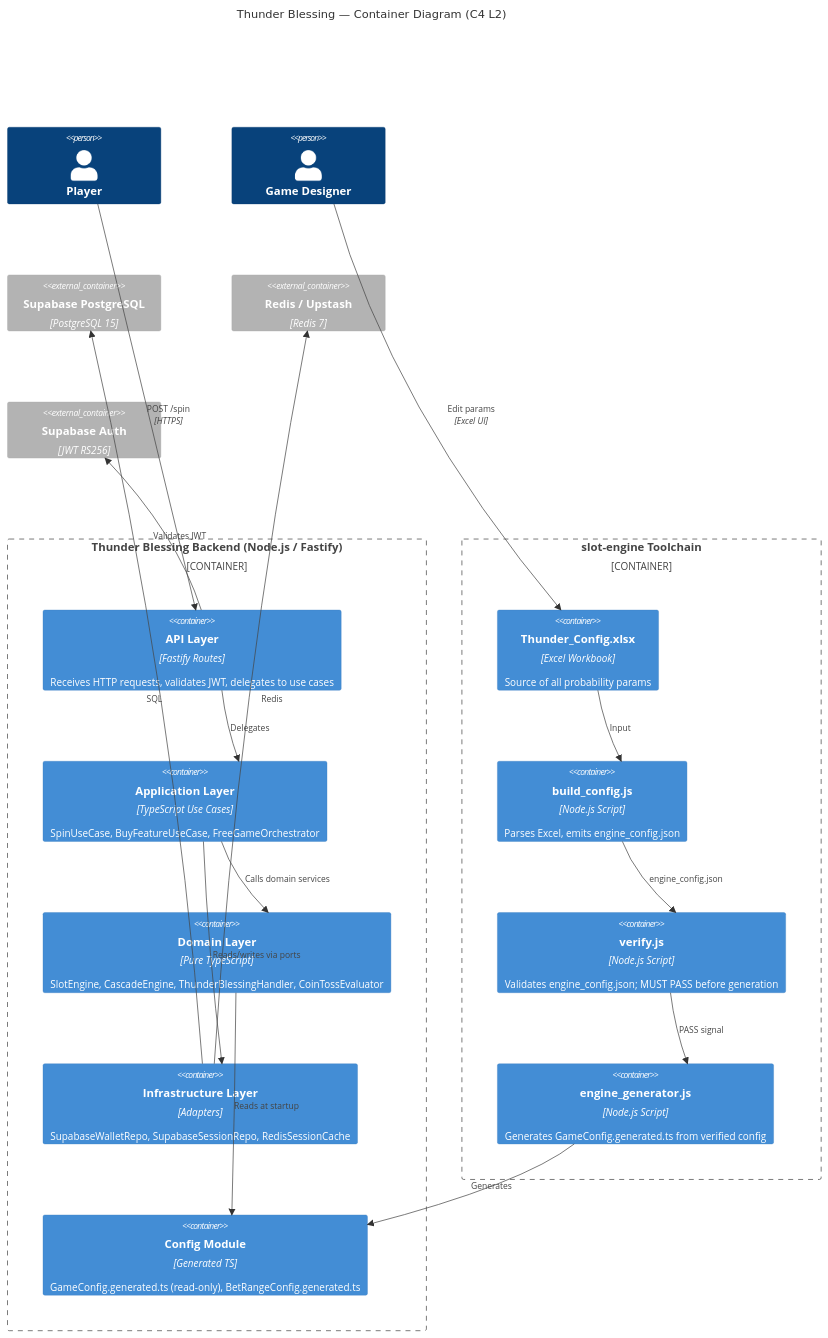
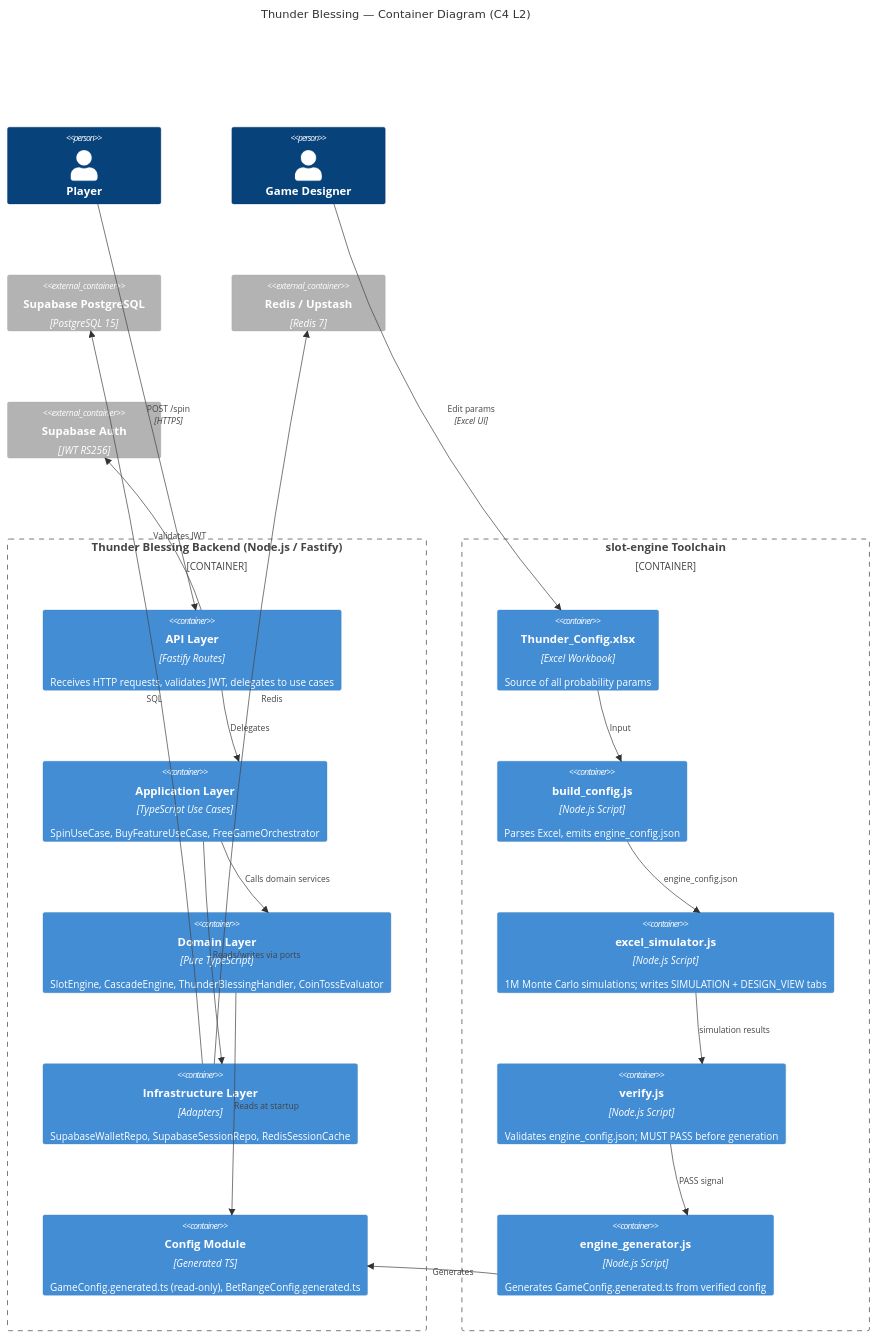
Before and after one commit to ibalasite/slot: the second of 16 diagrams in docs/EDD.md, drawn with Mermaid. The commit also changed other lines of this file, not shown here.

````diff
--- a/docs/EDD.md
+++ b/docs/EDD.md
@@ -107,40 +107,42 @@
 ```mermaid
 C4Container
     title Thunder Blessing — Container Diagram (C4 L2)
 
     Person(player, "Player")
     Person(operator, "Game Designer")
 
     Container_Boundary(backend, "Thunder Blessing Backend (Node.js / Fastify)") {
         Container(api, "API Layer", "Fastify Routes", "Receives HTTP requests, validates JWT, delegates to use cases")
         Container(app, "Application Layer", "TypeScript Use Cases", "SpinUseCase, BuyFeatureUseCase, FreeGameOrchestrator")
         Container(domain, "Domain Layer", "Pure TypeScript", "SlotEngine, CascadeEngine, ThunderBlessingHandler, CoinTossEvaluator")
         Container(infra, "Infrastructure Layer", "Adapters", "SupabaseWalletRepo, SupabaseSessionRepo, RedisSessionCache")
         Container(config, "Config Module", "Generated TS", "GameConfig.generated.ts (read-only), BetRangeConfig.generated.ts")
     }
 
     Container_Boundary(toolchain, "slot-engine Toolchain") {
         Container(excel, "Thunder_Config.xlsx", "Excel Workbook", "Source of all probability params")
         Container(buildConfig, "build_config.js", "Node.js Script", "Parses Excel, emits engine_config.json")
+        Container(excelSim, "excel_simulator.js", "Node.js Script", "1M Monte Carlo simulations; writes SIMULATION + DESIGN_VIEW tabs")
         Container(verifyJs, "verify.js", "Node.js Script", "Validates engine_config.json; MUST PASS before generation")
         Container(engineGen, "engine_generator.js", "Node.js Script", "Generates GameConfig.generated.ts from verified config")
     }
 
     Container_Ext(supabaseDb, "Supabase PostgreSQL", "PostgreSQL 15")
     Container_Ext(redisCache, "Redis / Upstash", "Redis 7")
     Container_Ext(jwtProvider, "Supabase Auth", "JWT RS256")
 
     Rel(player, api, "POST /spin", "HTTPS")
     Rel(operator, excel, "Edit params", "Excel UI")
     Rel(api, app, "Delegates")
     Rel(app, domain, "Calls domain services")
     Rel(app, infra, "Reads/writes via ports")
     Rel(infra, supabaseDb, "SQL")
     Rel(infra, redisCache, "Redis")
     Rel(api, jwtProvider, "Validates JWT")
     Rel(excel, buildConfig, "Input")
-    Rel(buildConfig, verifyJs, "engine_config.json")
+    Rel(buildConfig, excelSim, "engine_config.json")
+    Rel(excelSim, verifyJs, "simulation results")
     Rel(verifyJs, engineGen, "PASS signal")
     Rel(engineGen, config, "Generates")
     Rel(domain, config, "Reads at startup")
 ```
````
